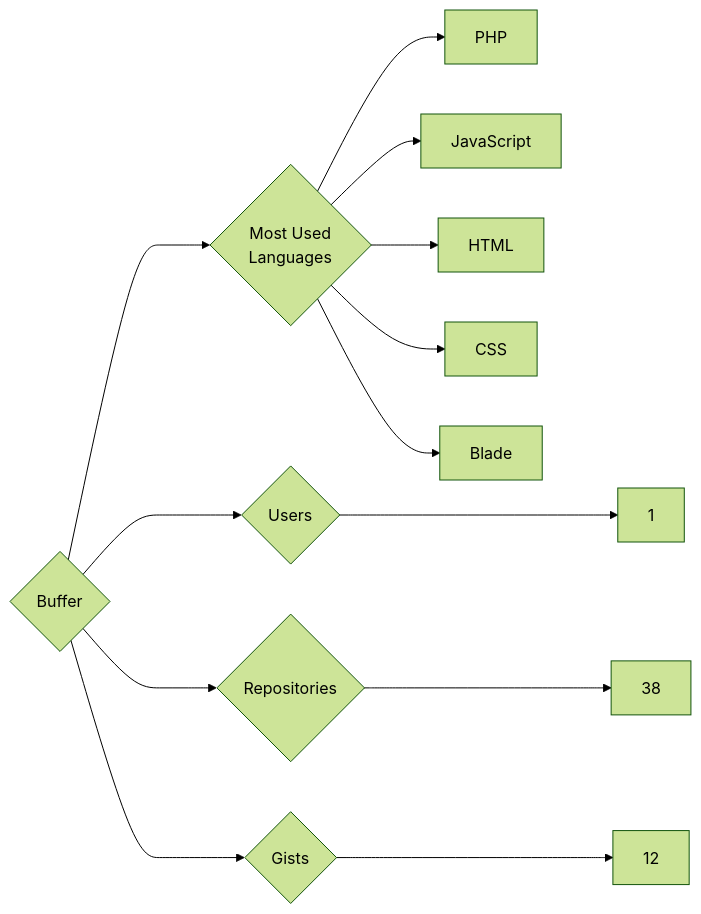
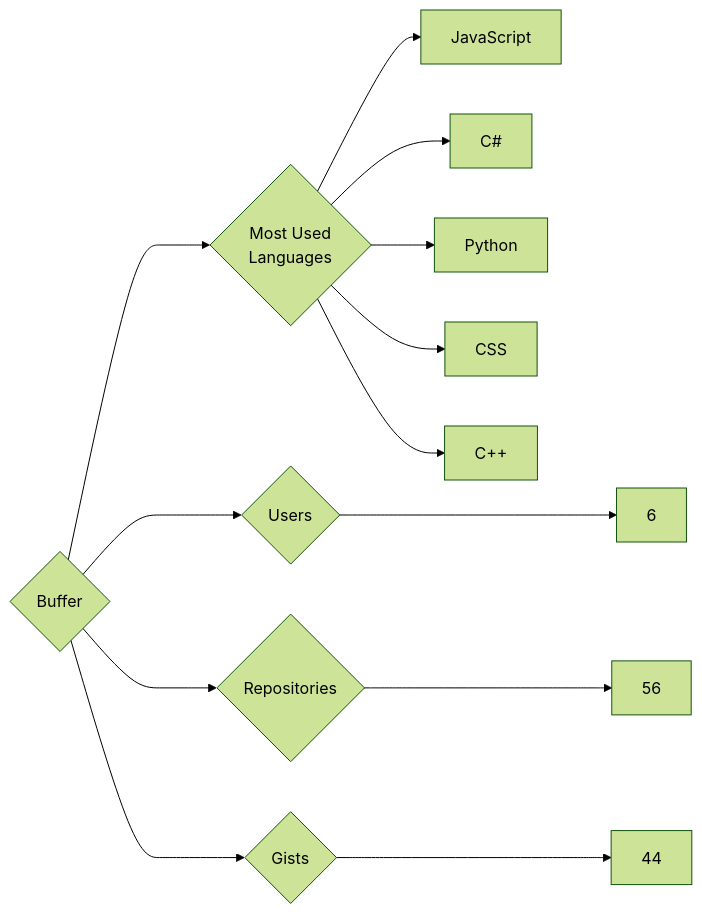
The diagram in targets/Buffer/README.md (trickest/insiders), drawn with Mermaid (forest theme) before and after one commit. The commit also changed 772 other files, not shown here.

````diff
--- a/targets/Buffer/README.md
+++ b/targets/Buffer/README.md
@@ -3,13 +3,13 @@
 ```mermaid
 graph LR
 COMPANY_NAME{Buffer}
-COMPANY_NAME ---> U{Users} ---> UN[1]
-COMPANY_NAME ---> R{Repositories} ---> RN[38]
-COMPANY_NAME ---> G{Gists} ---> GN[12]
+COMPANY_NAME ---> U{Users} ---> UN[6]
+COMPANY_NAME ---> R{Repositories} ---> RN[56]
+COMPANY_NAME ---> G{Gists} ---> GN[44]
 COMPANY_NAME ---> ML{Most Used<br>Languages}
-ML --> PHP[PHP]
 ML --> JavaScript[JavaScript]
-ML --> HTML[HTML]
+ML --> C#[C#]
+ML --> Python[Python]
 ML --> CSS[CSS]
-ML --> Blade[Blade]
+ML --> C++[C++]
 ```
````
